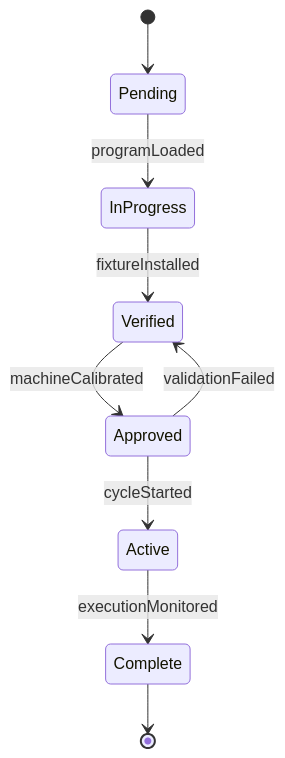
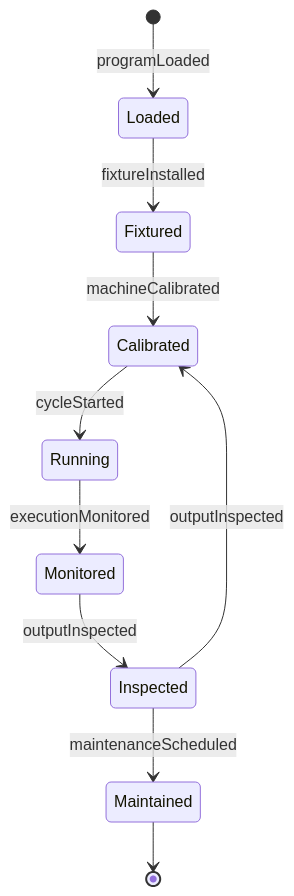
The second of 4 diagrams in HandlingAndMovingObjects/FabricateDevicesOrComponents/FabricateProductsComponentsUsingMachine.mdx (dot-org-ai/tasks.org.ai), drawn with Mermaid before and after one commit. The commit also changed other lines of this file and 515 other files, not shown here.

````diff
--- a/HandlingAndMovingObjects/FabricateDevicesOrComponents/FabricateProductsComponentsUsingMachine.mdx
+++ b/HandlingAndMovingObjects/FabricateDevicesOrComponents/FabricateProductsComponentsUsingMachine.mdx
@@ -100,11 +101,12 @@
 ```mermaid
 stateDiagram-v2
-    [*] --> Pending
-    Pending --> InProgress : programLoaded
-    InProgress --> Verified : fixtureInstalled
-    Verified --> Approved : machineCalibrated
-    Approved --> Active : cycleStarted
-    Active --> Complete : executionMonitored
-    Approved --> Verified : validationFailed
-    Complete --> [*]
+    [*] --> Loaded : programLoaded
+    Loaded --> Fixtured : fixtureInstalled
+    Fixtured --> Calibrated : machineCalibrated
+    Calibrated --> Running : cycleStarted
+    Running --> Monitored : executionMonitored
+    Monitored --> Inspected : outputInspected
+    Inspected --> Maintained : maintenanceScheduled
+    Inspected --> Calibrated : outputInspected
+    Maintained --> [*]
 ```
````
